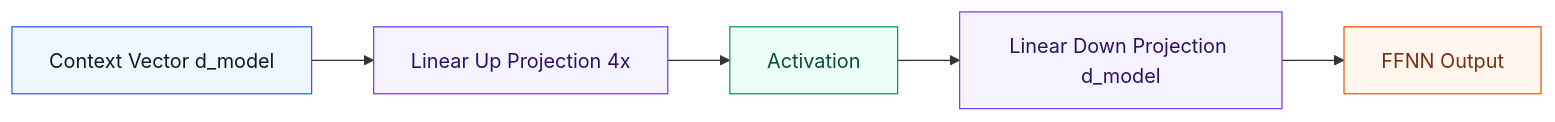
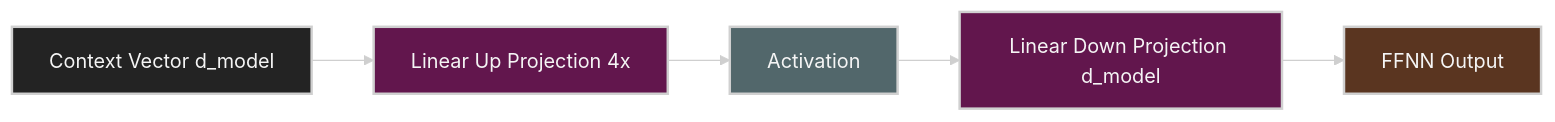
The seventh of 9 diagrams in deep-learning-for-network-engineers/week02/README.md (ziwon/ai-data-center-network), drawn with Mermaid before and after one commit. The commit also changed other lines of this file and 35 other files, not shown here.

Commit message:
docs(mermaid): apply dark diagram style

````diff
--- a/deep-learning-for-network-engineers/week02/README.md
+++ b/deep-learning-for-network-engineers/week02/README.md
@@ -566,12 +572,13 @@
 ```mermaid
+%%{init: {"theme": "base", "themeVariables": {"background": "#171717", "primaryColor": "#232323", "primaryTextColor": "#f5f5f5", "primaryBorderColor": "#d0d0d0", "lineColor": "#cfcfcf", "fontFamily": "Inter, Arial, sans-serif"}}}%%
 flowchart LR
-    classDef input fill:#eef6ff,stroke:#2563eb,color:#0f172a
-    classDef projection fill:#f5f3ff,stroke:#7c3aed,color:#2e1065
-    classDef compute fill:#ecfdf5,stroke:#059669,color:#064e3b
-    classDef output fill:#fff7ed,stroke:#ea580c,color:#7c2d12
+    classDef input fill:#232323,stroke:#d0d0d0,color:#f5f5f5,stroke-width:2px;
+    classDef projection fill:#62164d,stroke:#d0d0d0,color:#f5f5f5,stroke-width:2px;
+    classDef compute fill:#52676b,stroke:#d0d0d0,color:#f5f5f5,stroke-width:2px;
+    classDef output fill:#5a3520,stroke:#d0d0d0,color:#f5f5f5,stroke-width:2px;
 
     A[Context Vector d_model]:::input --> B[Linear Up Projection 4x]:::projection
     B --> C[Activation]:::compute
     C --> D[Linear Down Projection d_model]:::projection
     D --> E[FFNN Output]:::output
 ```
````
